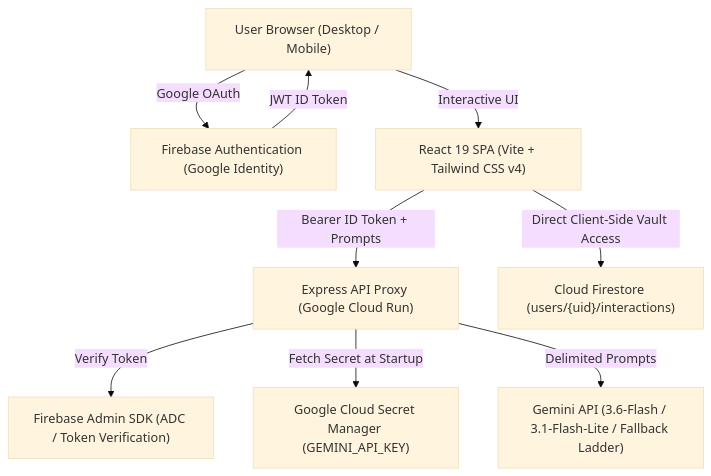
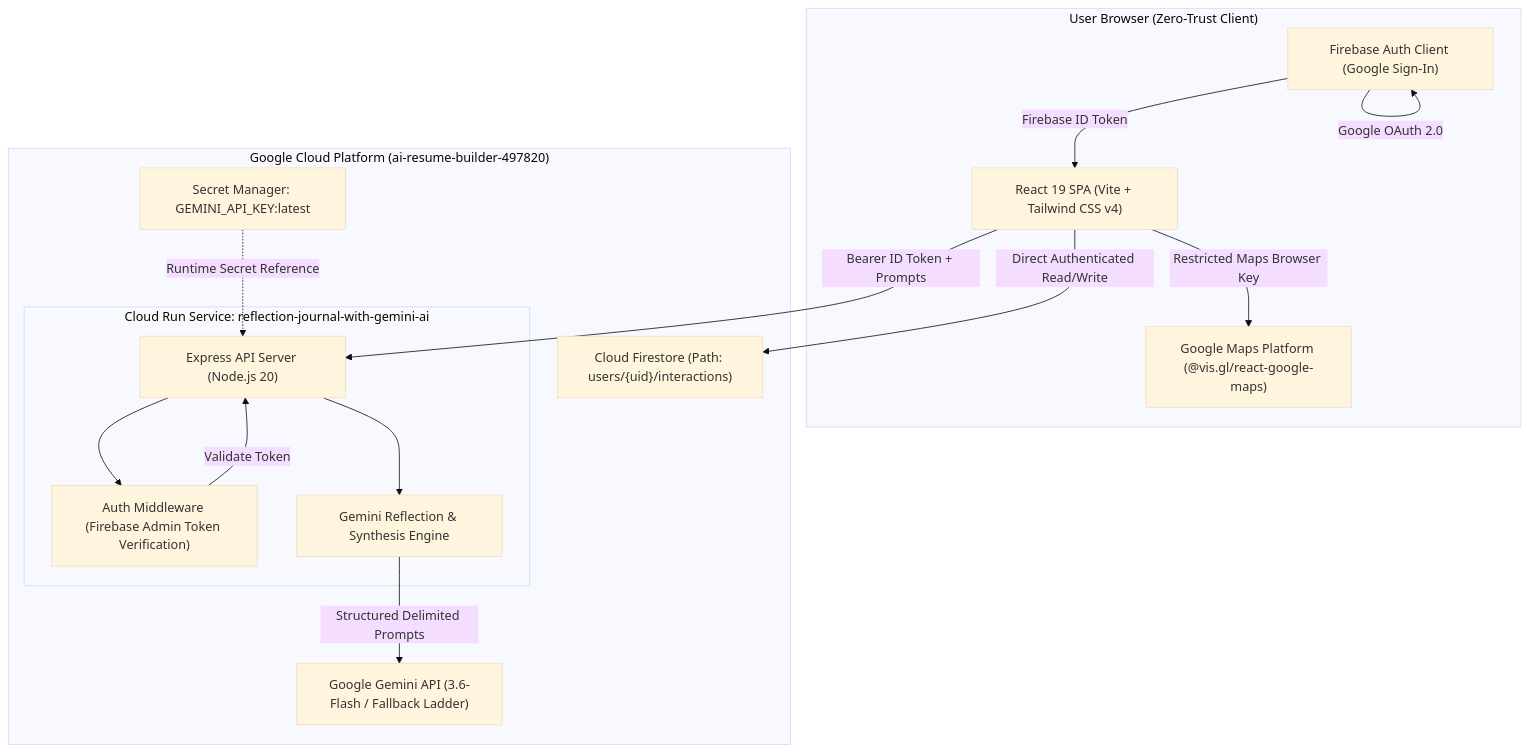
Before and after one commit to vishalvermauts/Personal-Gemini-Journal: the diagram in README.md, drawn with Mermaid (base theme). The commit also changed other lines of this file and 3 other files, not shown here.

````diff
--- a/README.md
+++ b/README.md
@@ -53,20 +64,31 @@
 ```mermaid
 graph TD
-    User["User Browser (Desktop / Mobile)"]
-    FirebaseAuth["Firebase Authentication (Google Identity)"]
-    ViteReact["React 19 SPA (Vite + Tailwind CSS v4)"]
-    CloudRun["Express API Proxy (Google Cloud Run)"]
-    FirebaseAdmin["Firebase Admin SDK (ADC / Token Verification)"]
-    SecretManager["Google Cloud Secret Manager (GEMINI_API_KEY)"]
-    Gemini["Gemini API (3.6-Flash / 3.1-Flash-Lite / Fallback Ladder)"]
-    Firestore["Cloud Firestore (users/{uid}/interactions)"]
+    subgraph ClientBrowser ["User Browser (Zero-Trust Client)"]
+        ReactApp["React 19 SPA (Vite + Tailwind CSS v4)"]
+        GoogleMaps["Google Maps Platform (@vis.gl/react-google-maps)"]
+        FirebaseAuthClient["Firebase Auth Client (Google Sign-In)"]
+    end
 
-    User -->|Google OAuth| FirebaseAuth
-    FirebaseAuth -->|JWT ID Token| User
-    User -->|Interactive UI| ViteReact
-    ViteReact -->|Direct Client-Side Vault Access| Firestore
-    ViteReact -->|Bearer ID Token + Prompts| CloudRun
-    CloudRun -->|Verify Token| FirebaseAdmin
-    CloudRun -->|Fetch Secret at Startup| SecretManager
-    CloudRun -->|Delimited Prompts| Gemini
+    subgraph GoogleCloud ["Google Cloud Platform (ai-resume-builder-497820)"]
+        subgraph CloudRunService ["Cloud Run Service: reflection-journal-with-gemini-ai"]
+            ExpressServer["Express API Server (Node.js 20)"]
+            AuthMiddleware["Auth Middleware (Firebase Admin Token Verification)"]
+            GeminiService["Gemini Reflection & Synthesis Engine"]
+        end
+
+        SecretManager["Secret Manager: GEMINI_API_KEY:latest"]
+        CloudFirestore["Cloud Firestore (Path: users/{uid}/interactions)"]
+        GeminiAPI["Google Gemini API (3.6-Flash / Fallback Ladder)"]
+    end
+
+    FirebaseAuthClient -->|Google OAuth 2.0| FirebaseAuthClient
+    FirebaseAuthClient -->|Firebase ID Token| ReactApp
+    ReactApp -->|Direct Authenticated Read/Write| CloudFirestore
+    ReactApp -->|Bearer ID Token + Prompts| ExpressServer
+    ExpressServer --> AuthMiddleware
+    AuthMiddleware -->|Validate Token| ExpressServer
+    ExpressServer --> GeminiService
+    SecretManager -.->|Runtime Secret Reference| ExpressServer
+    GeminiService -->|Structured Delimited Prompts| GeminiAPI
+    ReactApp -->|Restricted Maps Browser Key| GoogleMaps
 ```
````
